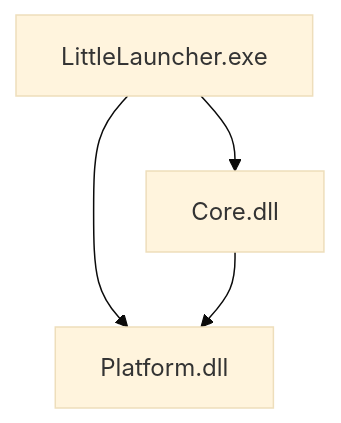
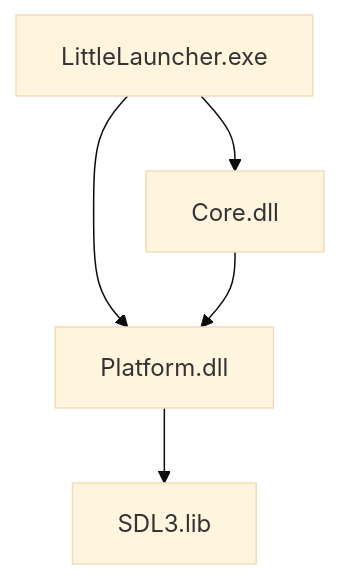
Before and after one commit to Haiito92/Workshop: the fifth of 6 diagrams in content/en/devlogs/little-engine/first-shapes.md, drawn with Mermaid (base theme). The commit also changed other lines of this file and 1 other file, not shown here.

```diff
--- a/content/en/devlogs/little-engine/first-shapes.md
+++ b/content/en/devlogs/little-engine/first-shapes.md
@@ -472,6 +474,7 @@
 {{< mermaid >}}
 graph TD;
 A[LittleLauncher.exe]-->B[Core.dll];
 A[LittleLauncher.exe]-->C[Platform.dll];
 B[Core.dll]-->C[Platform.dll];
+C[Platform.dll]-->D[SDL3.lib];
 {{< /mermaid >}}
```
